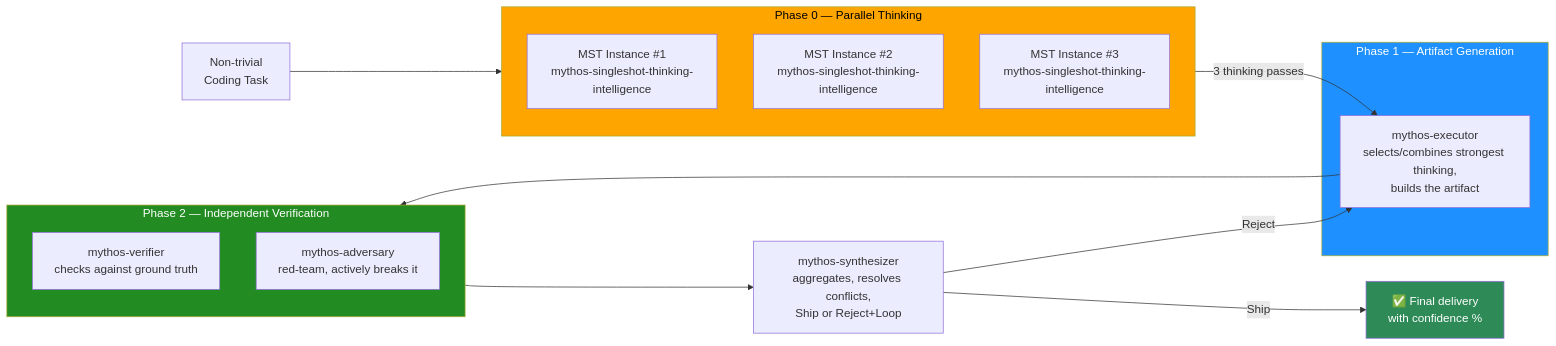
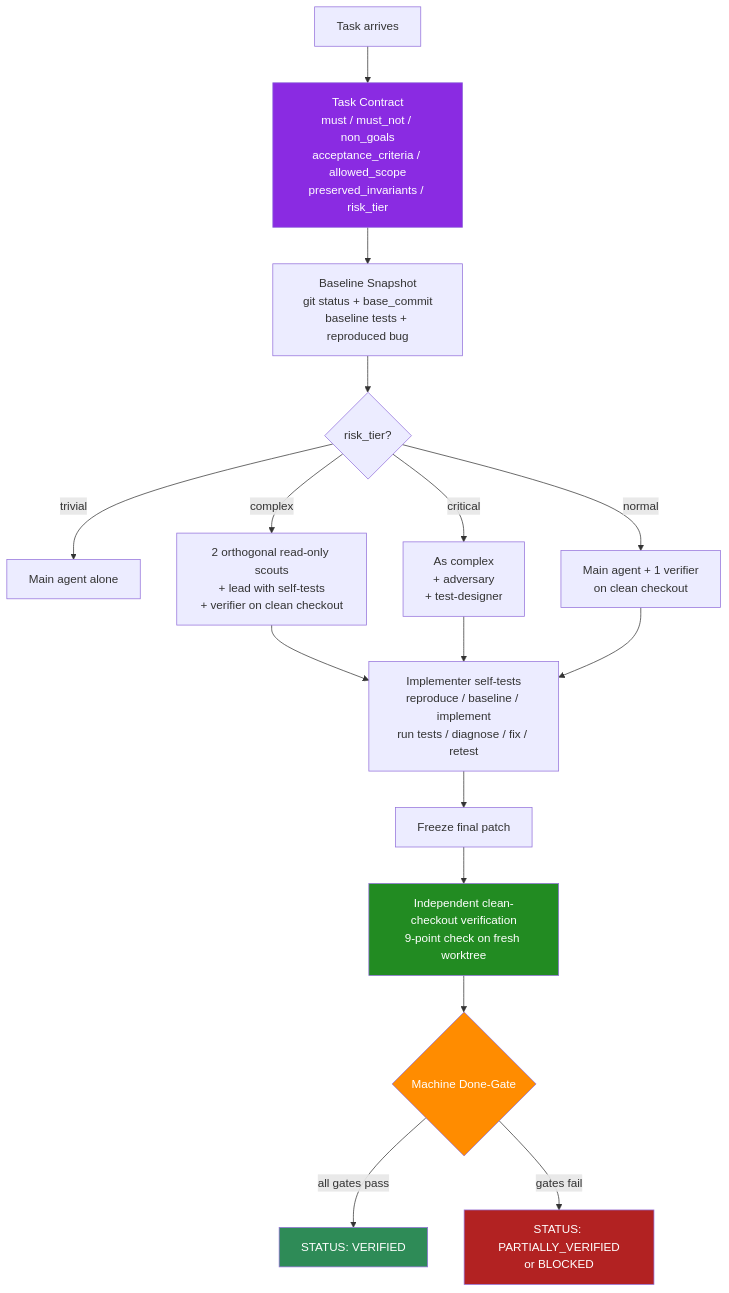
One commit to emco1234/fable-mythos-zcode changed the diagram in README.md. Above: the diagram before and after it, drawn with Mermaid. The commit also changed other lines of this file and 12 other files, not shown here.

````diff
--- a/README.md
+++ b/README.md
@@ -100,35 +48,23 @@
 ```mermaid
-flowchart LR
- T[Non-trivial<br/>Coding Task] --> P0
-
- subgraph P0[Phase 0 — Parallel Thinking]
- direction TB
- M1[MST Instance #1<br/>mythos-singleshot-thinking-intelligence]
- M2[MST Instance #2<br/>mythos-singleshot-thinking-intelligence]
- M3[MST Instance #3<br/>mythos-singleshot-thinking-intelligence]
- end
-
- P0 -->|3 thinking passes| EX
-
- subgraph P1[Phase 1 — Artifact Generation]
- EX[mythos-executor<br/>selects/combines strongest thinking,<br/>builds the artifact]
- end
-
- EX --> P2
-
- subgraph P2[Phase 2 — Independent Verification]
- direction TB
- V[mythos-verifier<br/>checks against ground truth]
- A[mythos-adversary<br/>red-team, actively breaks it]
- end
-
- P2 --> SY[mythos-synthesizer<br/>aggregates, resolves conflicts,<br/>Ship or Reject+Loop]
-
- SY -->|Ship| OUT[✅ Final delivery<br/>with confidence %]
- SY -->|Reject| EX
-
- style P0 fill:#FFA500,color:#000
- style P1 fill:#1E90FF,color:#fff
- style P2 fill:#228B22,color:#fff
- style OUT fill:#2E8B57,color:#fff
+flowchart TD
+    A[Task arrives] --> B[Task Contract<br/>must / must_not / non_goals<br/>acceptance_criteria / allowed_scope<br/>preserved_invariants / risk_tier]
+    B --> C[Baseline Snapshot<br/>git status + base_commit<br/>baseline tests + reproduced bug]
+    C --> D{risk_tier?}
+    D -->|trivial| Z[Main agent alone]
+    D -->|normal| N[Main agent + 1 verifier<br/>on clean checkout]
+    D -->|complex| X[2 orthogonal read-only scouts<br/>+ lead with self-tests<br/>+ verifier on clean checkout]
+    D -->|critical| CR[As complex<br/>+ adversary<br/>+ test-designer]
+    X --> E[Implementer self-tests<br/>reproduce / baseline / implement<br/>run tests / diagnose / fix / retest]
+    CR --> E
+    N --> E
+    E --> F[Freeze final patch]
+    F --> G[Independent clean-checkout verification<br/>9-point check on fresh worktree]
+    G --> H{Machine Done-Gate}
+    H -->|all gates pass| OUT[STATUS: VERIFIED]
+    H -->|gates fail| BLK[STATUS: PARTIALLY_VERIFIED<br/>or BLOCKED]
+    style B fill:#8A2BE2,color:#fff
+    style G fill:#228B22,color:#fff
+    style H fill:#FF8C00,color:#fff
+    style OUT fill:#2E8B57,color:#fff
+    style BLK fill:#B22222,color:#fff
 ```
````
